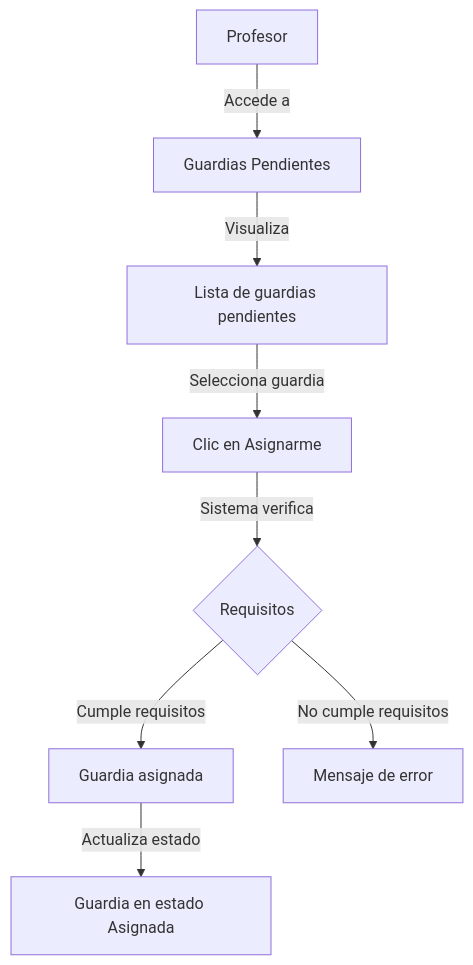
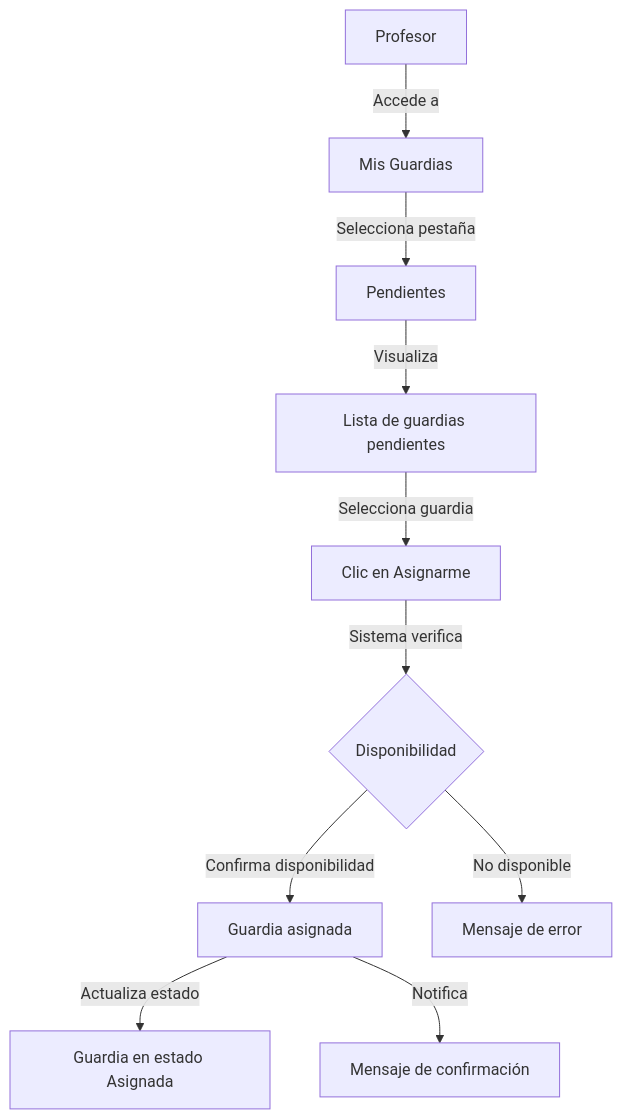
Before and after one commit to RGiskard7/gestion-guardias: the fifth of 20 diagrams in doc/DIAGRAMAS-FLUJO.md, drawn with Mermaid. The commit also changed other lines of this file and 5 other files, not shown here.

First line of the commit message:
docs: actualizar documentación técnica y diagramas

````diff
--- a/doc/DIAGRAMAS-FLUJO.md
+++ b/doc/DIAGRAMAS-FLUJO.md
@@ -84,10 +110,12 @@
 ```mermaid
 flowchart TD
-    A[Profesor] -->|Accede a| B[Guardias Pendientes]
-    B -->|Visualiza| C[Lista de guardias pendientes]
-    C -->|Selecciona guardia| D[Clic en Asignarme]
-    D -->|Sistema verifica| E{Requisitos}
-    E -->|Cumple requisitos| F[Guardia asignada]
-    E -->|No cumple requisitos| G[Mensaje de error]
-    F -->|Actualiza estado| H[Guardia en estado Asignada]
+    A[Profesor] -->|Accede a| B[Mis Guardias]
+    B -->|Selecciona pestaña| C[Pendientes]
+    C -->|Visualiza| D[Lista de guardias pendientes]
+    D -->|Selecciona guardia| E[Clic en Asignarme]
+    E -->|Sistema verifica| F{Disponibilidad}
+    F -->|Confirma disponibilidad| G[Guardia asignada]
+    F -->|No disponible| H[Mensaje de error]
+    G -->|Actualiza estado| I[Guardia en estado Asignada]
+    G -->|Notifica| J[Mensaje de confirmación]
 ```
````
